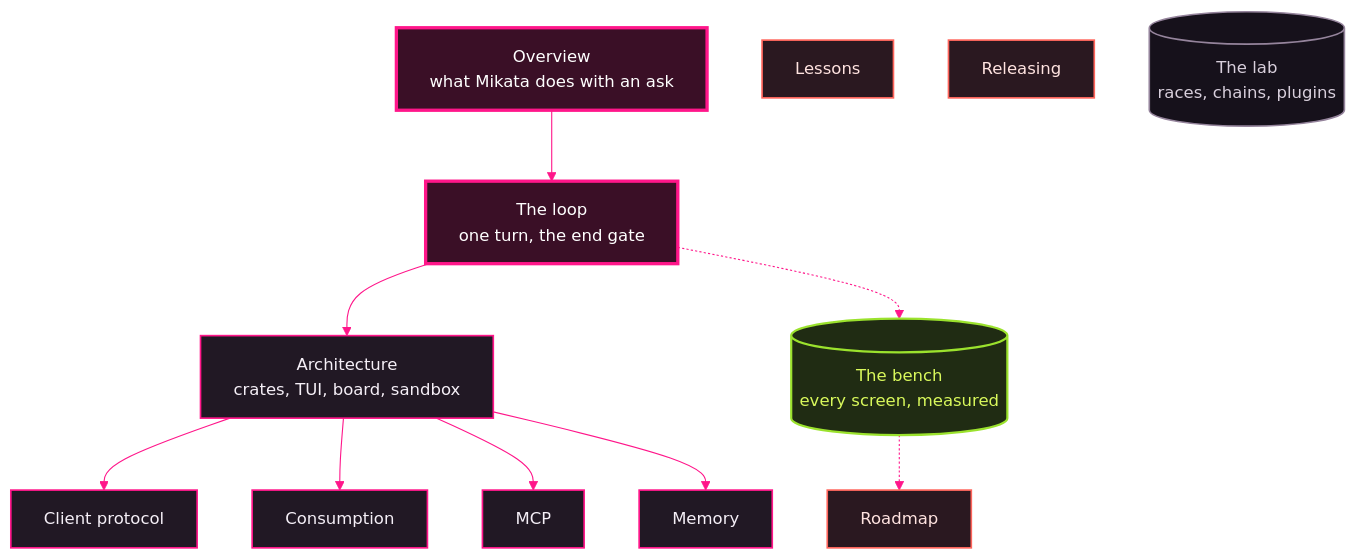
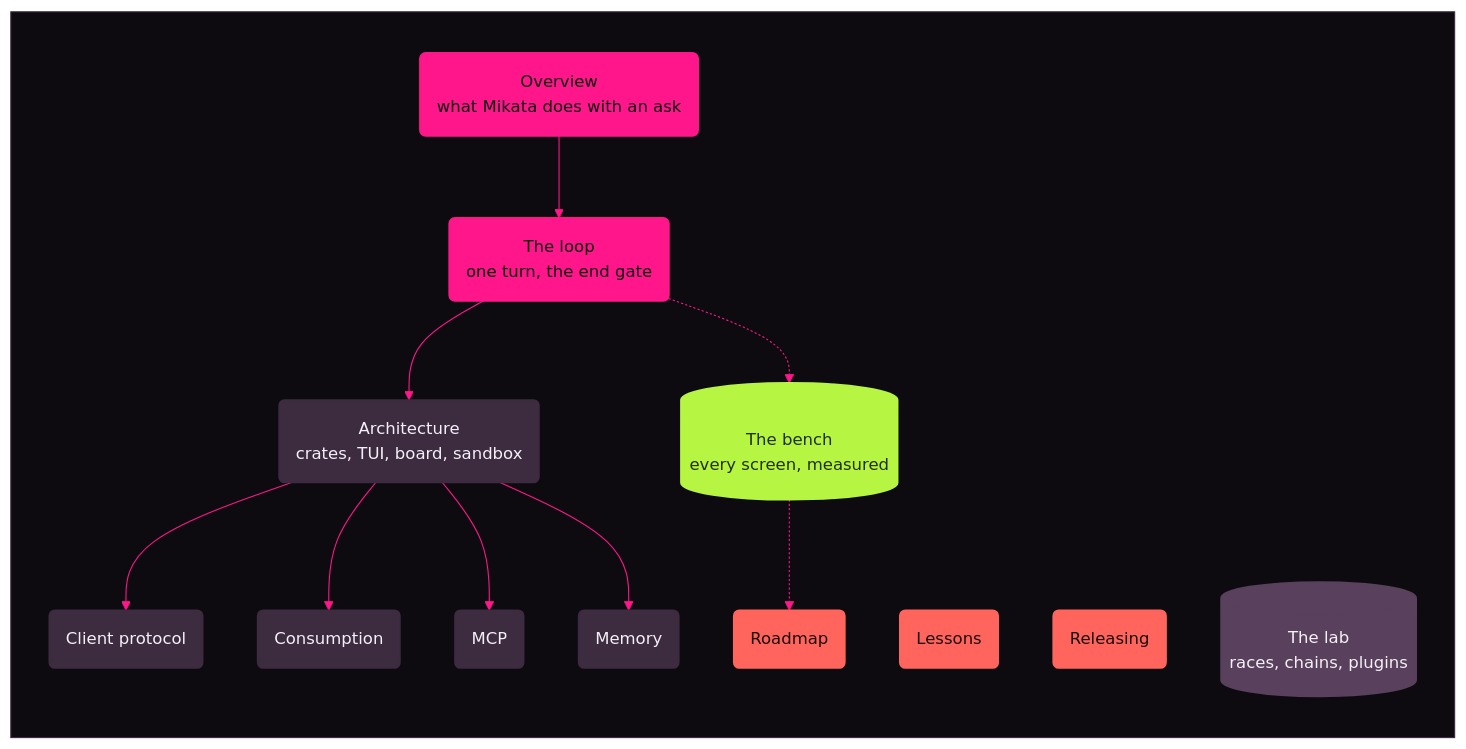
The diagram in docs/README.md (Kaginari/mikata), drawn with Mermaid before and after one commit. The commit also changed other lines of this file and 55 other files, not shown here.

````diff
--- a/docs/README.md
+++ b/docs/README.md
@@ -15,78 +15,82 @@
 ```mermaid
 ---
 config:
   theme: base
   themeVariables:
     darkMode: true
     background: "#0d0b10"
     fontFamily: "Inter, Segoe UI, system-ui, -apple-system, Helvetica, Arial, sans-serif"
     fontSize: "15px"
-    primaryColor: "#211824"
+    primaryColor: "#3d2b40"
     primaryTextColor: "#f5eff7"
-    primaryBorderColor: "#ff168a"
-    secondaryColor: "#2c2030"
+    primaryBorderColor: "#3d2b40"
+    secondaryColor: "#59405d"
     secondaryTextColor: "#f5eff7"
-    secondaryBorderColor: "#ff655c"
+    secondaryBorderColor: "#59405d"
     tertiaryColor: "#16111b"
     tertiaryTextColor: "#f5eff7"
-    tertiaryBorderColor: "#59405d"
+    tertiaryBorderColor: "#3d2b40"
     lineColor: "#ff168a"
     textColor: "#f5eff7"
     titleColor: "#f5eff7"
-    edgeLabelBackground: "#16111b"
+    edgeLabelBackground: "#0d0b10"
     clusterBkg: "#16111b"
-    clusterBorder: "#59405d"
-    noteBkgColor: "#332711"
-    noteTextColor: "#ffe1a8"
+    clusterBorder: "#3d2b40"
+    noteBkgColor: "#ffb020"
+    noteTextColor: "#1a1205"
     noteBorderColor: "#ffb020"
-    actorBkg: "#211824"
-    actorBorder: "#ff168a"
+    actorBkg: "#3d2b40"
+    actorBorder: "#3d2b40"
     actorTextColor: "#f5eff7"
     actorLineColor: "#59405d"
     signalColor: "#ff655c"
     signalTextColor: "#f5eff7"
-    labelBoxBkgColor: "#211824"
-    labelBoxBorderColor: "#ff168a"
+    labelBoxBkgColor: "#3d2b40"
+    labelBoxBorderColor: "#3d2b40"
     labelTextColor: "#f5eff7"
     loopTextColor: "#f5eff7"
-    activationBkgColor: "#3a0f26"
+    activationBkgColor: "#ff168a"
     activationBorderColor: "#ff168a"
     sequenceNumberColor: "#0d0b10"
     transitionColor: "#ff168a"
     transitionLabelColor: "#f5eff7"
     stateLabelColor: "#f5eff7"
-    stateBkg: "#211824"
-    labelBackgroundColor: "#16111b"
+    stateBkg: "#3d2b40"
+    labelBackgroundColor: "#0d0b10"
     compositeBackground: "#16111b"
-    compositeTitleBackground: "#211824"
+    compositeTitleBackground: "#3d2b40"
     altBackground: "#16111b"
     specialStateColor: "#b6f542"
     innerEndBackground: "#b6f542"
   flowchart:
     wrappingWidth: 240
 ---
 flowchart TD
-    O["Overview<br/>what Mikata does with an ask"] --> LP["The loop<br/>one turn, the end gate"]
-    LP --> A["Architecture<br/>crates, TUI, board, sandbox"]
-    A --> P["Client protocol"]
-    A --> C["Consumption"]
-    A --> MC["MCP"]
-    A --> ME["Memory"]
-    B[("The bench<br/>every screen, measured")]
-    R["Roadmap"]
-    LS["Lessons"]
-    RL["Releasing"]
-    X[("The lab<br/>races, chains, plugins")]
-    LP -.-> B
-    B -.-> R
-    classDef core fill:#3a0f26,stroke:#ff168a,stroke-width:3px,color:#ffffff
+    subgraph MIKATA_BG[" "]
+      direction TB
+      O("Overview<br/>what Mikata does with an ask") --> LP("The loop<br/>one turn, the end gate")
+      LP --> A("Architecture<br/>crates, TUI, board, sandbox")
+      A --> P("Client protocol")
+      A --> C("Consumption")
+      A --> MC("MCP")
+      A --> ME("Memory")
+      B[("The bench<br/>every screen, measured")]
+      R("Roadmap")
+      LS("Lessons")
+      RL("Releasing")
+      X[("The lab<br/>races, chains, plugins")]
+      LP -.-> B
+      B -.-> R
+    end
+    classDef core fill:#ff168a,stroke:#ff168a,stroke-width:2px,color:#0d0b10
     class O,LP core
-    classDef page fill:#211824,stroke:#ff168a,stroke-width:1.5px,color:#f5eff7
+    classDef page fill:#3d2b40,stroke:#3d2b40,stroke-width:1.5px,color:#f5eff7
     class A,P,C,MC,ME page
-    classDef proof fill:#202c13,stroke:#9be22d,stroke-width:2px,color:#d9f95c
+    classDef proof fill:#b6f542,stroke:#b6f542,stroke-width:2px,color:#203008
     class B proof
-    classDef ref fill:#2a1820,stroke:#ff655c,stroke-width:1.5px,color:#ffe3e0
+    classDef ref fill:#ff655c,stroke:#ff655c,stroke-width:1.5px,color:#1a0a0a
     class R,LS,RL ref
-    classDef lab fill:#16111b,stroke:#95849c,stroke-width:1.5px,color:#d8cfdc
+    classDef lab fill:#59405d,stroke:#59405d,stroke-width:1.5px,color:#f5eff7
     class X lab
+    style MIKATA_BG fill:#0d0b10,stroke:#3d2b40,color:#0d0b10
 ```
````
